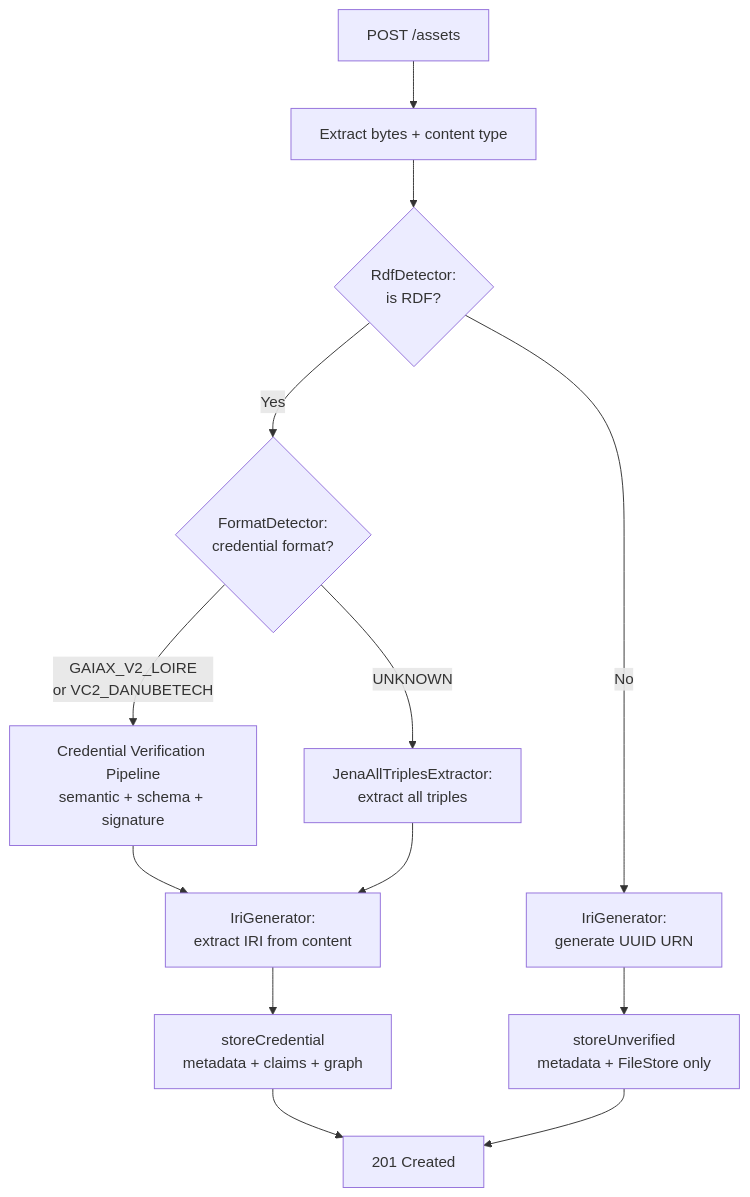
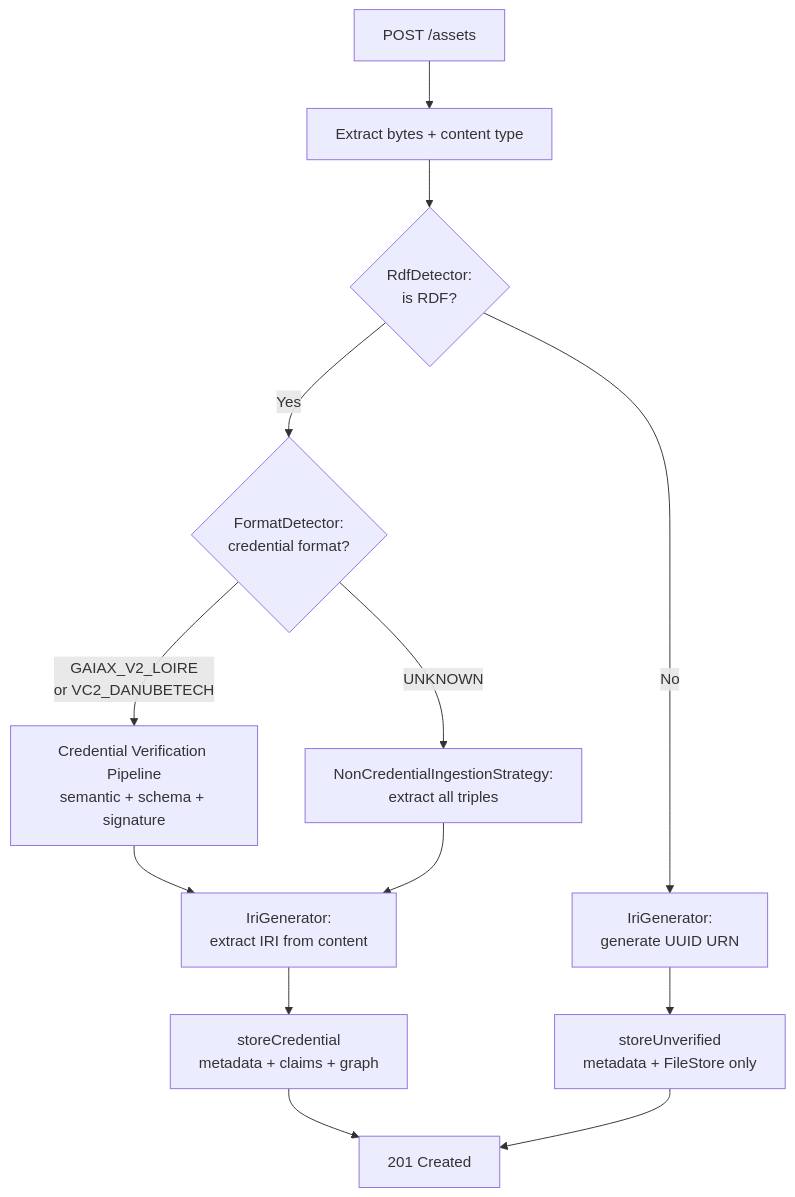
Diagram 14 of 15 in federated-catalogue/src/docs/architecture/chapters/05_building_block_view.adoc (federated-catalogue-enhancements-2026/docs), drawn with Mermaid before and after one commit. The commit also changed other lines of this file and 3 other files, not shown here.

```diff
--- a/federated-catalogue/src/docs/architecture/chapters/05_building_block_view.adoc
+++ b/federated-catalogue/src/docs/architecture/chapters/05_building_block_view.adoc
@@ -1529,16 +1574,16 @@
 [mermaid, width=2000]
 ....
 flowchart TD
     Upload[POST /assets] --> Extract[Extract bytes + content type]
     Extract --> Detect{RdfDetector:\nis RDF?}
     Detect -->|Yes| Format{FormatDetector:\ncredential format?}
     Format -->|GAIAX_V2_LOIRE\nor VC2_DANUBETECH| VerifyCred[Credential Verification Pipeline\nsemantic + schema + signature]
-    Format -->|UNKNOWN| ExtractAll[JenaAllTriplesExtractor:\nextract all triples]
+    Format -->|UNKNOWN| ExtractAll[NonCredentialIngestionStrategy:\nextract all triples]
     VerifyCred --> IriRdf[IriGenerator:\nextract IRI from content]
     ExtractAll --> IriRdf
     IriRdf --> StoreCred[storeCredential\nmetadata + claims + graph]
     Detect -->|No| IriNon[IriGenerator:\ngenerate UUID URN]
     IriNon --> StoreAsset[storeUnverified\nmetadata + FileStore only]
     StoreCred --> Response[201 Created]
     StoreAsset --> Response
 ....
```
